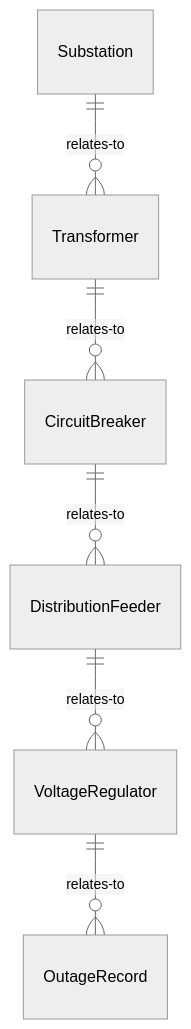
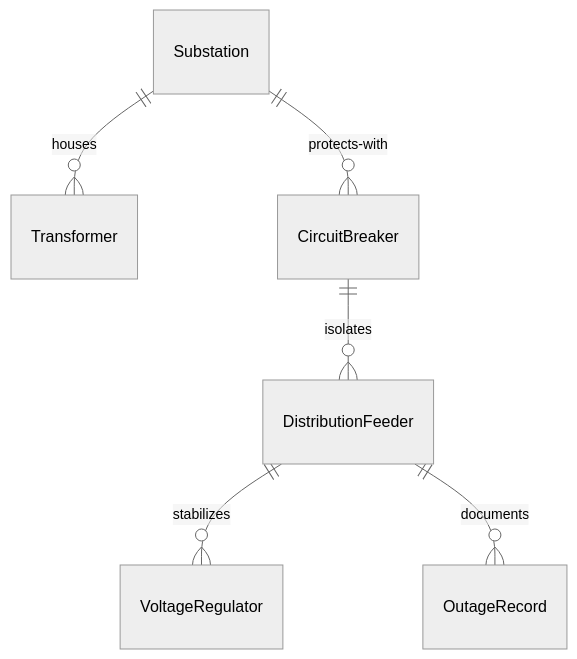
Before and after one commit to dot-org-ai/tasks.org.ai: the first of 4 diagrams in ControllingMachinesAndProcesses/OperateEnergyProductionOrDistributionEquipment/OperateEnergyDistributionEquipment.mdx, drawn with Mermaid (neutral theme). The commit also changed other lines of this file and 515 other files, not shown here.

````diff
--- a/ControllingMachinesAndProcesses/OperateEnergyProductionOrDistributionEquipment/OperateEnergyDistributionEquipment.mdx
+++ b/ControllingMachinesAndProcesses/OperateEnergyProductionOrDistributionEquipment/OperateEnergyDistributionEquipment.mdx
@@ -87,8 +87,8 @@
 ```mermaid
 erDiagram
-    Substation ||--o{ Transformer : relates-to
-    Transformer ||--o{ CircuitBreaker : relates-to
-    CircuitBreaker ||--o{ DistributionFeeder : relates-to
-    DistributionFeeder ||--o{ VoltageRegulator : relates-to
-    VoltageRegulator ||--o{ OutageRecord : relates-to
+    Substation ||--o{ Transformer : houses
+    Substation ||--o{ CircuitBreaker : protects-with
+    CircuitBreaker ||--o{ DistributionFeeder : isolates
+    DistributionFeeder ||--o{ VoltageRegulator : stabilizes
+    DistributionFeeder ||--o{ OutageRecord : documents
 ```
````
